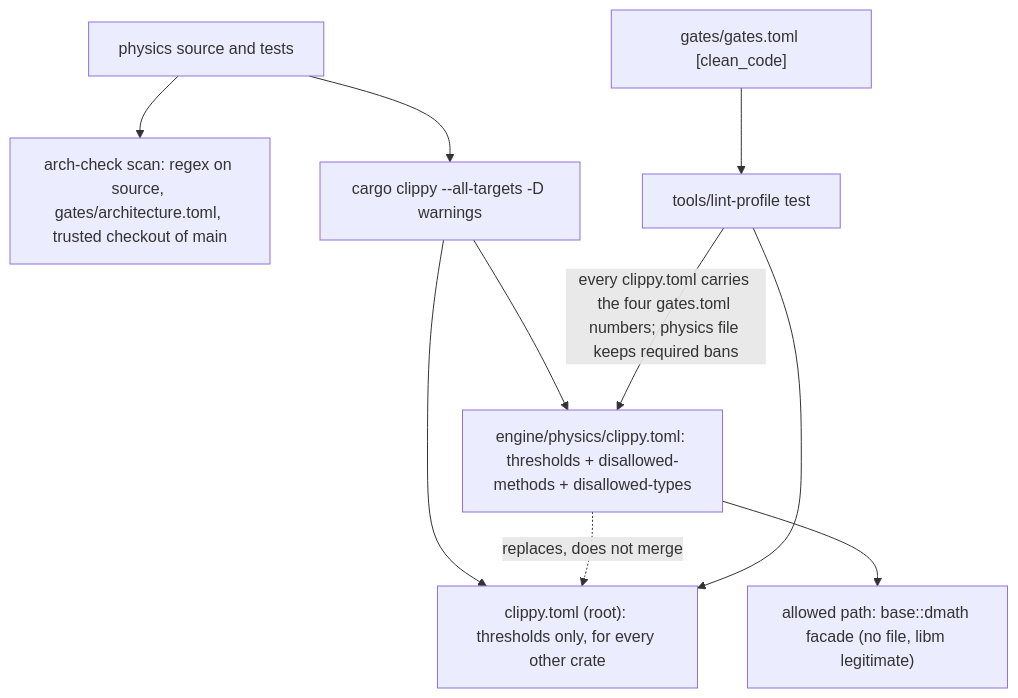
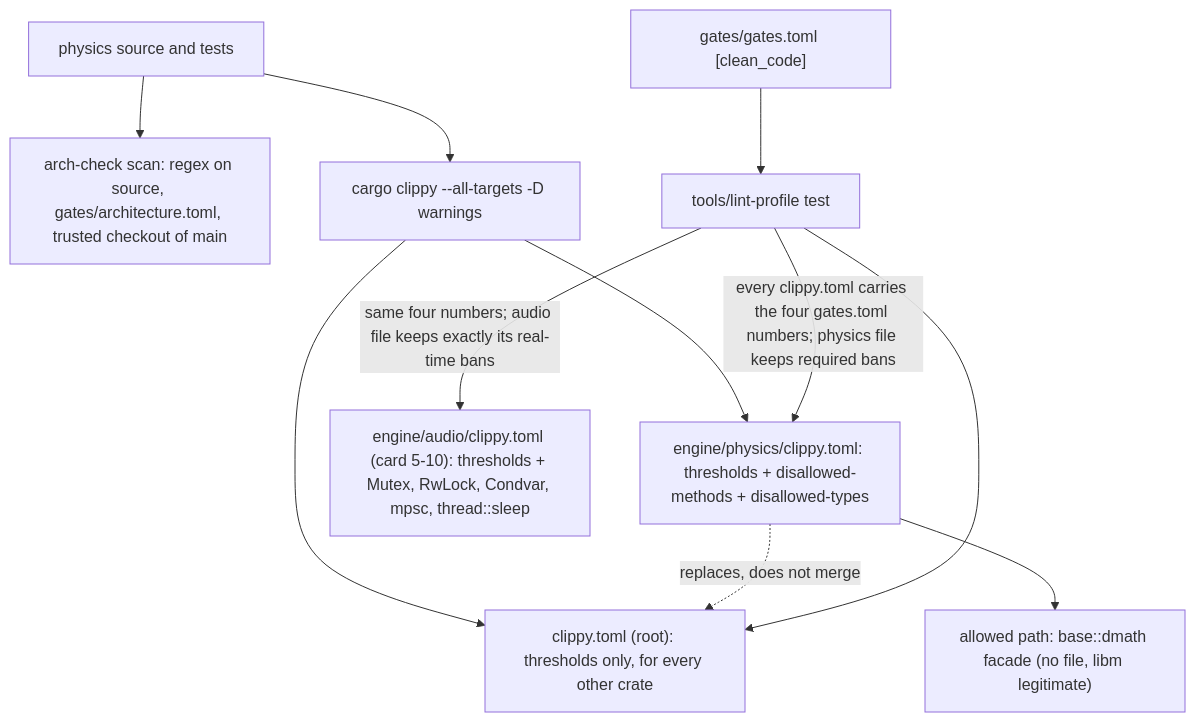
Before and after one commit to giamat90/DuckEngine: the second of 3 diagrams in wiki/architecture/ports-and-adapters.md, drawn with Mermaid. The commit also changed other lines of this file and 4 other files, not shown here.

Commit message:
chore(governance): add the Clippy real-time bans for the audio crate (5-10) (#26)

````diff
--- a/wiki/architecture/ports-and-adapters.md
+++ b/wiki/architecture/ports-and-adapters.md
@@ -75,13 +75,15 @@
 ```mermaid
 flowchart TD
   Src["physics source and tests"]
   Src --> Scan["arch-check scan: regex on source, gates/architecture.toml, trusted checkout of main"]
   Src --> Clippy["cargo clippy --all-targets -D warnings"]
   Clippy --> Crate["engine/physics/clippy.toml: thresholds + disallowed-methods + disallowed-types"]
   Clippy --> Root["clippy.toml (root): thresholds only, for every other crate"]
   Crate -. replaces, does not merge .-> Root
   Crate --> Facade["allowed path: base::dmath facade (no file, libm legitimate)"]
   LP["tools/lint-profile test"] -->|"every clippy.toml carries the four gates.toml numbers; physics file keeps required bans"| Crate
   LP --> Root
   Gates["gates/gates.toml [clean_code]"] --> LP
+  Audio["engine/audio/clippy.toml (card 5-10): thresholds + Mutex, RwLock, Condvar, mpsc, thread::sleep"]
+  LP -->|"same four numbers; audio file keeps exactly its real-time bans"| Audio
 ```
````
